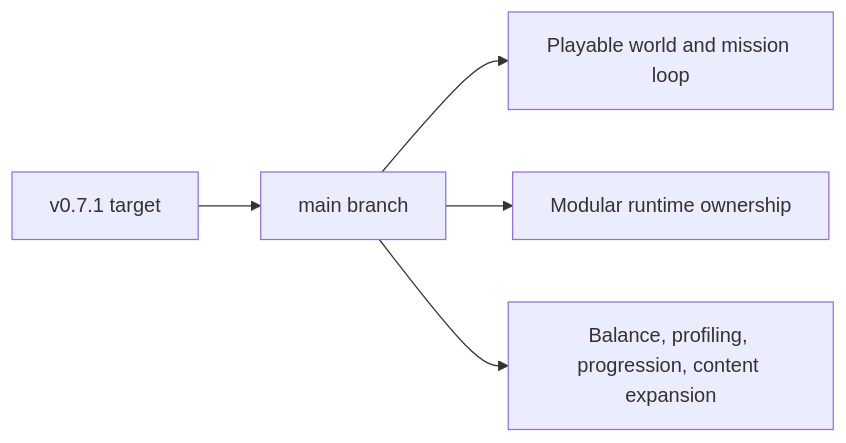
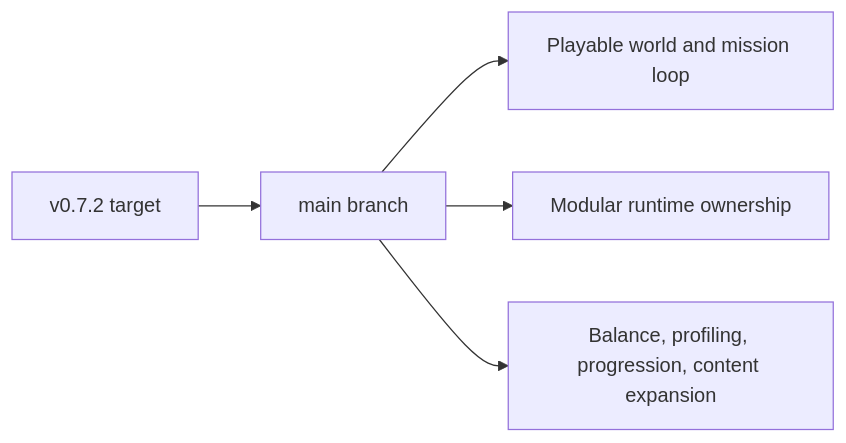
One commit to AlexAgo83/emberwake changed the second of 11 diagrams in README.md. Above: the diagram before and after it, drawn with Mermaid. The commit also changed other lines of this file and 3 other files, not shown here.

````diff
--- a/README.md
+++ b/README.md
@@ -55,7 +55,7 @@
 ```mermaid
 flowchart LR
-    Release[v0.7.1 target] --> Main[main branch]
+    Release[v0.7.2 target] --> Main[main branch]
     Main --> Playable[Playable world and mission loop]
     Main --> Modular[Modular runtime ownership]
     Main --> Next[Balance, profiling, progression, content expansion]
 ```
````
